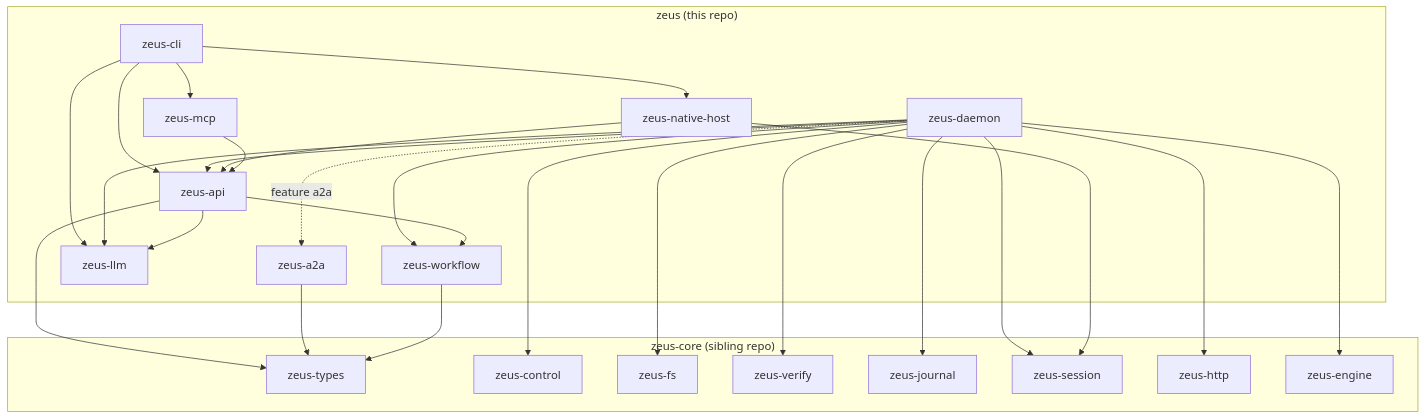
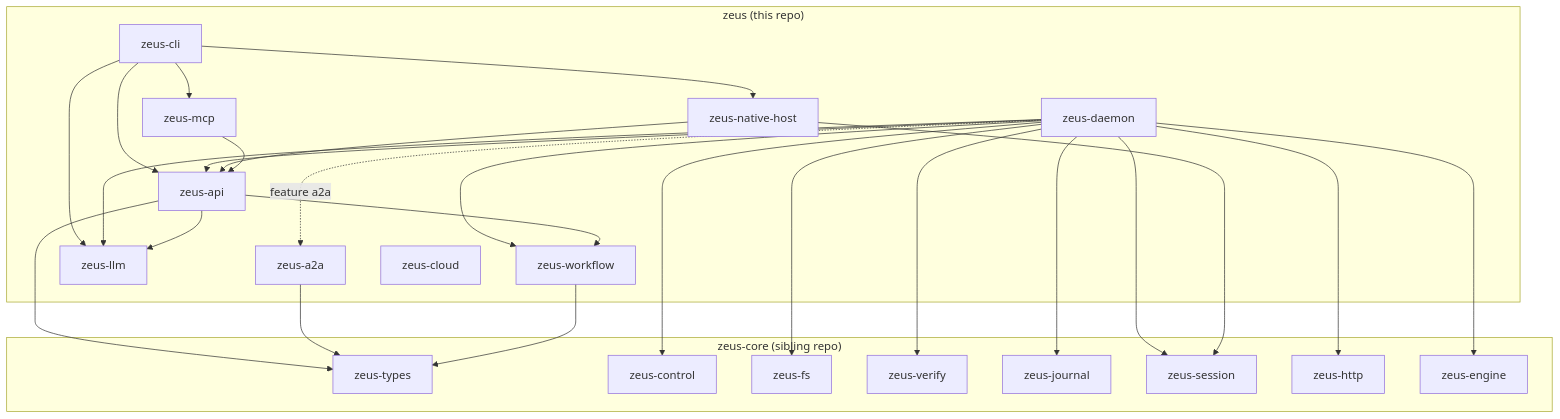
Before and after one commit to ArefinAlter/zeus: the second of 6 diagrams in docs/ARCHITECTURE.md, drawn with Mermaid. The commit also changed other lines of this file and 76 other files, not shown here.

````diff
--- a/docs/ARCHITECTURE.md
+++ b/docs/ARCHITECTURE.md
@@ -47,46 +47,47 @@
 ```mermaid
 flowchart TD
   subgraph core["zeus-core (sibling repo)"]
     TYPES[zeus-types]
     CONTROL[zeus-control]
     FS[zeus-fs]
     VERIFY[zeus-verify]
     JOURNAL[zeus-journal]
     SESSION[zeus-session]
     HTTP[zeus-http]
     ENGINE[zeus-engine]
   end
   subgraph app["zeus (this repo)"]
     WORKFLOW[zeus-workflow]
     LLM[zeus-llm]
     A2A[zeus-a2a]
     API[zeus-api]
+    CLOUD[zeus-cloud]
     MCP[zeus-mcp]
     NATIVE[zeus-native-host]
     DAEMON[zeus-daemon]
     CLI[zeus-cli]
   end
   WORKFLOW --> TYPES
   A2A --> TYPES
   API --> TYPES
   API --> WORKFLOW
   API --> LLM
   MCP --> API
   NATIVE --> API
   NATIVE --> SESSION
   DAEMON --> API
   DAEMON --> ENGINE
   DAEMON --> JOURNAL
   DAEMON --> SESSION
   DAEMON --> VERIFY
   DAEMON --> FS
   DAEMON --> HTTP
   DAEMON --> CONTROL
   DAEMON --> WORKFLOW
   DAEMON --> LLM
   DAEMON -.->|feature a2a| A2A
   CLI --> API
   CLI --> MCP
   CLI --> NATIVE
   CLI --> LLM
 ```
````
